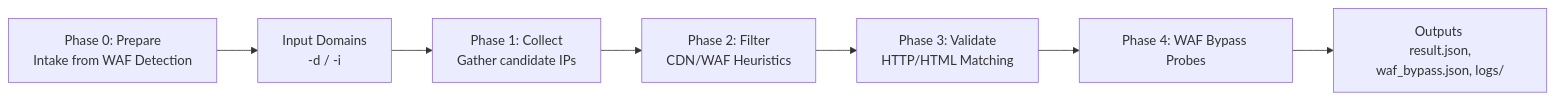
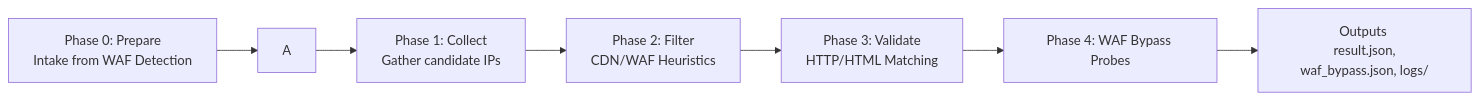
Before and after one commit to 4ll4u/testREADME: the first of 5 diagrams in README.md, drawn with Mermaid.

````diff
--- a/README.md
+++ b/README.md
@@ -23,9 +23,9 @@
 ```mermaid
 flowchart LR
-    Z[Phase 0: Prepare <br> Intake from WAF Detection] --> A[Input Domains <br> -d / -i]
+    Z[Phase 0: Prepare <br> Intake from WAF Detection] --> A
     A --> B[Phase 1: Collect <br> Gather candidate IPs]
     B --> C[Phase 2: Filter <br> CDN/WAF Heuristics]
     C --> D[Phase 3: Validate <br> HTTP/HTML Matching]
     D --> E[Phase 4: WAF Bypass Probes]
     E --> F[Outputs <br> result.json, waf_bypass.json, logs/]
 ```
````
